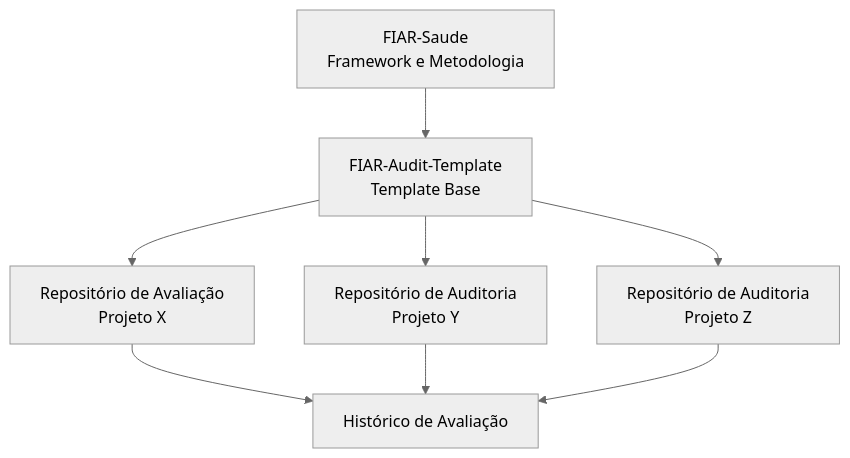
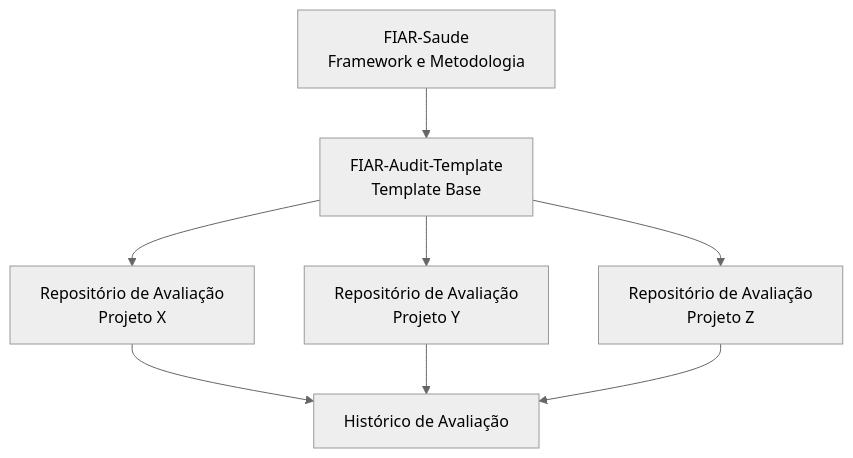
One commit to niar-saude-ufmg/FIAR-Saude changed the diagram in README.md. Above: the diagram before and after it, drawn with Mermaid (neutral theme). The commit also changed other lines of this file, not shown here.

````diff
--- a/README.md
+++ b/README.md
@@ -34,10 +34,10 @@
 ```mermaid
 flowchart TD
     A[FIAR-Saude\nFramework e Metodologia] --> B[FIAR-Audit-Template\nTemplate Base]
     B --> C1[Repositório de Avaliação\nProjeto X]
-    B --> C2[Repositório de Auditoria\nProjeto Y]
-    B --> C3[Repositório de Auditoria\nProjeto Z]
+    B --> C2[Repositório de Avaliação\nProjeto Y]
+    B --> C3[Repositório de Avaliação\nProjeto Z]
     C1 --> D[Histórico de Avaliação]
     C2 --> D
     C3 --> D
 ```
````
